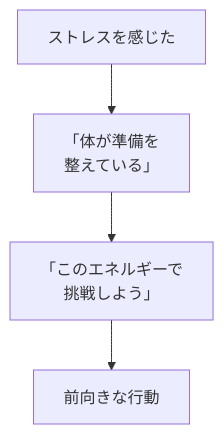
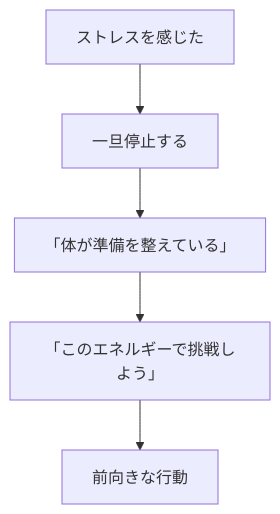
The fourth of 5 diagrams in content/blog/281-stress-growth-mindset-challenge.md (tndg16-bot/portfolio-site), drawn with Mermaid before and after one commit. The commit also changed other lines of this file and 19 other files, not shown here.

````diff
--- a/content/blog/281-stress-growth-mindset-challenge.md
+++ b/content/blog/281-stress-growth-mindset-challenge.md
@@ -90,6 +128,7 @@
 ```mermaid
 graph TD
-    A[ストレスを感じた] --> B[「体が準備を<br/>整えている」]
-    B --> C[「このエネルギーで<br/>挑戦しよう」]
-    C --> D[前向きな行動]
+    A[ストレスを感じた] --> B[一旦停止する]
+    B --> C[「体が準備を整えている」]
+    C --> D[「このエネルギーで挑戦しよう」]
+    D --> E[前向きな行動]
 ```
````
